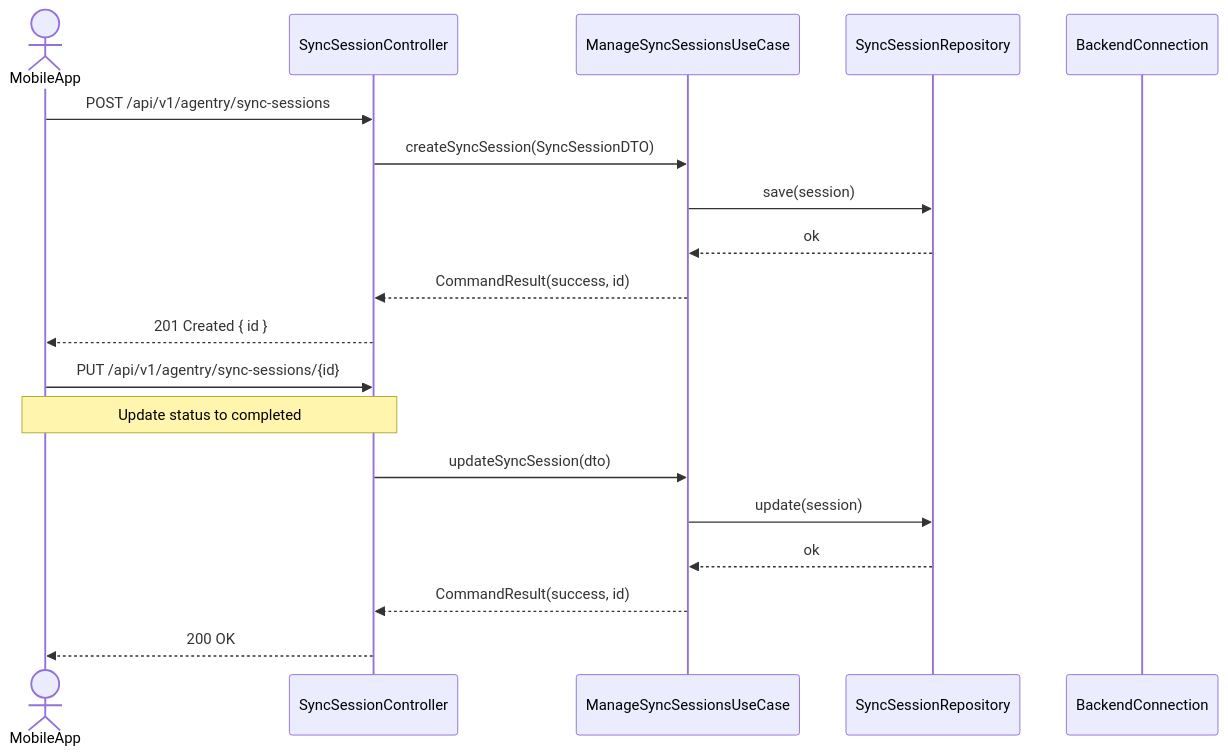
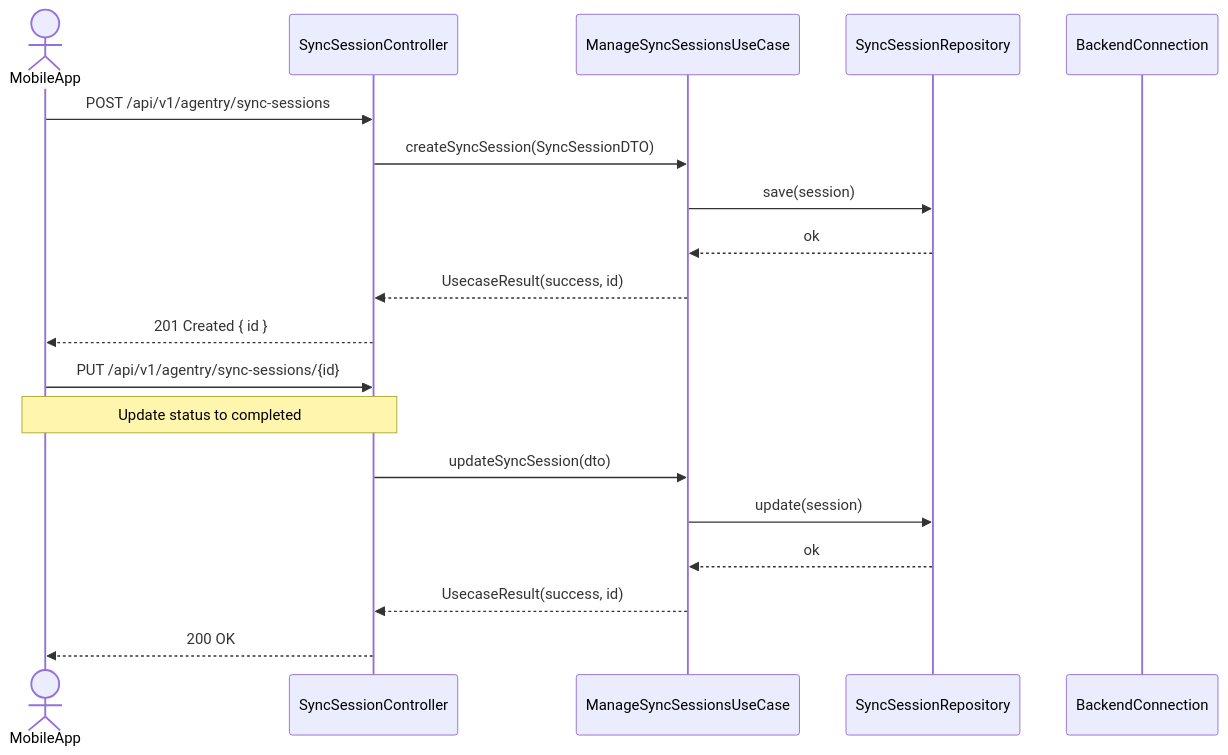
Before and after one commit to UIMSolutions/uim-platform: the fourth of 6 diagrams in agentry/UML.md, drawn with Mermaid. The commit also changed other lines of this file and 907 other files, not shown here.

Commit message:
Rename CommandResult

````diff
--- a/agentry/UML.md
+++ b/agentry/UML.md
@@ -148,23 +148,23 @@
 ```mermaid
 sequenceDiagram
     actor MobileApp
     participant SC as SyncSessionController
     participant UC as ManageSyncSessionsUseCase
     participant R as SyncSessionRepository
     participant BC as BackendConnection
 
     MobileApp->>SC: POST /api/v1/agentry/sync-sessions
     SC->>UC: createSyncSession(SyncSessionDTO)
     UC->>R: save(session)
     R-->>UC: ok
-    UC-->>SC: CommandResult(success, id)
+    UC-->>SC: UsecaseResult(success, id)
     SC-->>MobileApp: 201 Created { id }
 
     MobileApp->>SC: PUT /api/v1/agentry/sync-sessions/{id}
     note over MobileApp,SC: Update status to completed
     SC->>UC: updateSyncSession(dto)
     UC->>R: update(session)
     R-->>UC: ok
-    UC-->>SC: CommandResult(success, id)
+    UC-->>SC: UsecaseResult(success, id)
     SC-->>MobileApp: 200 OK
 ```
````
